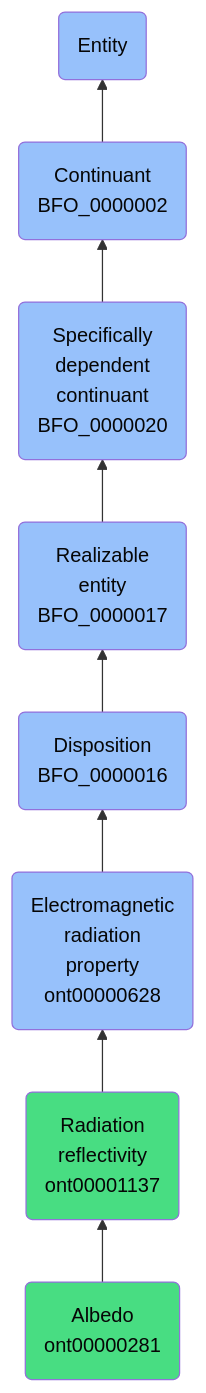
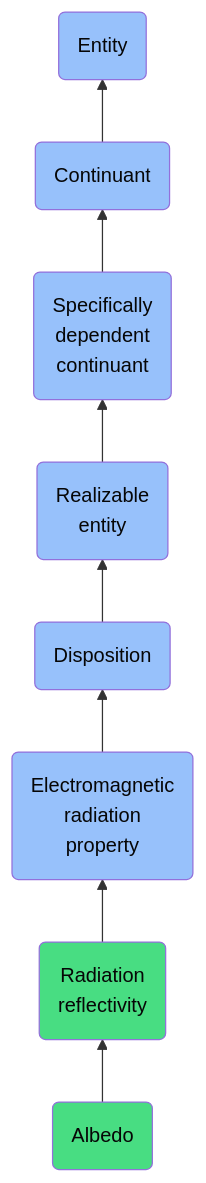
The diagram in docs/ontology/reference/model/Entity/Continuant/Specifically dependent continuant/Realizable entity/Disposition/Electromagnetic radiation property/Radiation reflectivity/Albedo/Albedo.md (jupyter-naas/abi), drawn with Mermaid before and after one commit. The commit also changed other lines of this file and 1430 other files, not shown here.

````diff
--- a/docs/ontology/reference/model/Entity/Continuant/Specifically dependent continuant/Realizable entity/Disposition/Electromagnetic radiation property/Radiation reflectivity/Albedo/Albedo.md
+++ b/docs/ontology/reference/model/Entity/Continuant/Specifically dependent continuant/Realizable entity/Disposition/Electromagnetic radiation property/Radiation reflectivity/Albedo/Albedo.md
@@ -24,15 +24,15 @@
 ```mermaid
 graph BT
-    ont00000281(Albedo<br>ont00000281):::ABI-->ont00001137
-    ont00001137(Radiation<br>reflectivity<br>ont00001137):::ABI-->ont00000628
-    ont00000628(Electromagnetic<br>radiation<br>property<br>ont00000628):::BFO-->BFO_0000016
-    BFO_0000016(Disposition<br>BFO_0000016):::BFO-->BFO_0000017
-    BFO_0000017(Realizable<br>entity<br>BFO_0000017):::BFO-->BFO_0000020
-    BFO_0000020(Specifically<br>dependent<br>continuant<br>BFO_0000020):::BFO-->BFO_0000002
-    BFO_0000002(Continuant<br>BFO_0000002):::BFO-->BFO_0000001
+    ont00000281(Albedo):::ABI-->ont00001137
+    ont00001137(Radiation<br>reflectivity):::ABI-->ont00000628
+    ont00000628(Electromagnetic<br>radiation<br>property):::BFO-->BFO_0000016
+    BFO_0000016(Disposition):::BFO-->BFO_0000017
+    BFO_0000017(Realizable<br>entity):::BFO-->BFO_0000020
+    BFO_0000020(Specifically<br>dependent<br>continuant):::BFO-->BFO_0000002
+    BFO_0000002(Continuant):::BFO-->BFO_0000001
     BFO_0000001(Entity):::BFO
     
     classDef BFO fill:#97c1fb,color:#060606
     classDef CCO fill:#e4c51e,color:#060606
     classDef ABI fill:#48DD82,color:#060606
 ```
````
